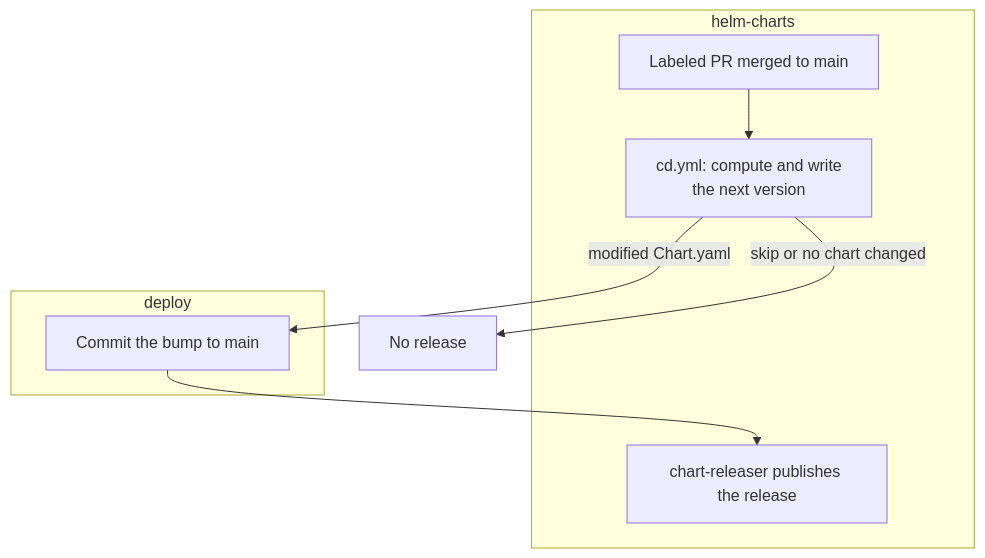
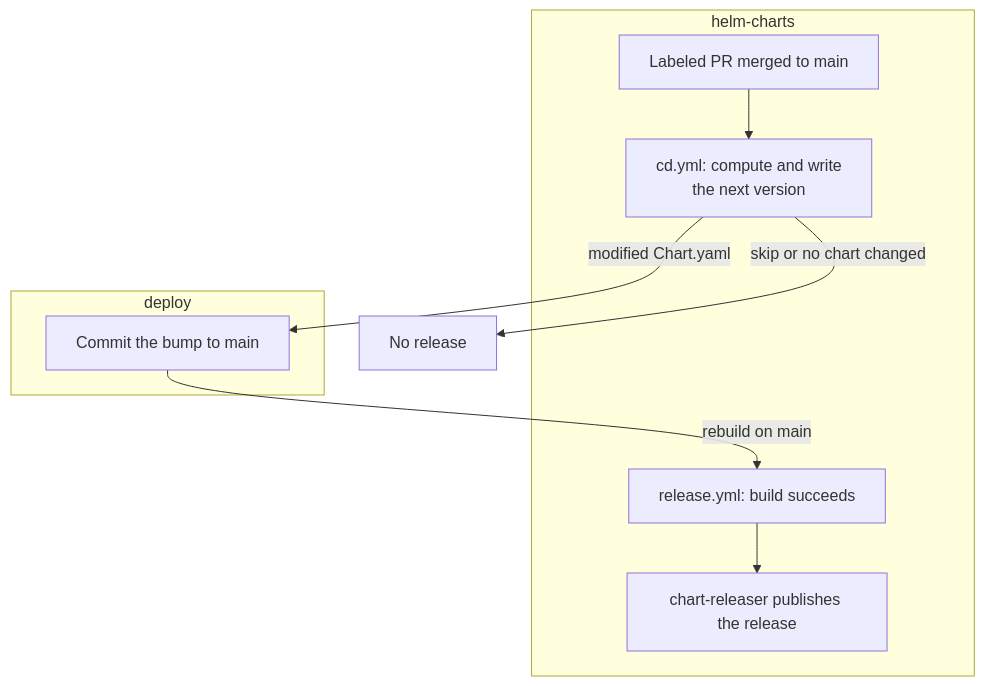
One commit to bitwarden/helm-charts changed the diagram in CONTRIBUTING.md. Above: the diagram before and after it, drawn with Mermaid. The commit also changed other lines of this file and 3 other files, not shown here.

````diff
--- a/CONTRIBUTING.md
+++ b/CONTRIBUTING.md
@@ -35,13 +35,13 @@
 ```mermaid
 flowchart TD
     subgraph helm["helm-charts"]
         A["Labeled PR merged to main"] --> B["cd.yml: compute and write<br/>the next version"]
-        E["chart-releaser publishes the release"]
+        F["release.yml: build succeeds"] --> E["chart-releaser publishes the release"]
     end
     subgraph deploy["deploy"]
         D["Commit the bump to main"]
     end
     B -->|"skip or no chart changed"| C["No release"]
     B -->|"modified Chart.yaml"| D
-    D --> E
+    D -->|"rebuild on main"| F
 ```
````
